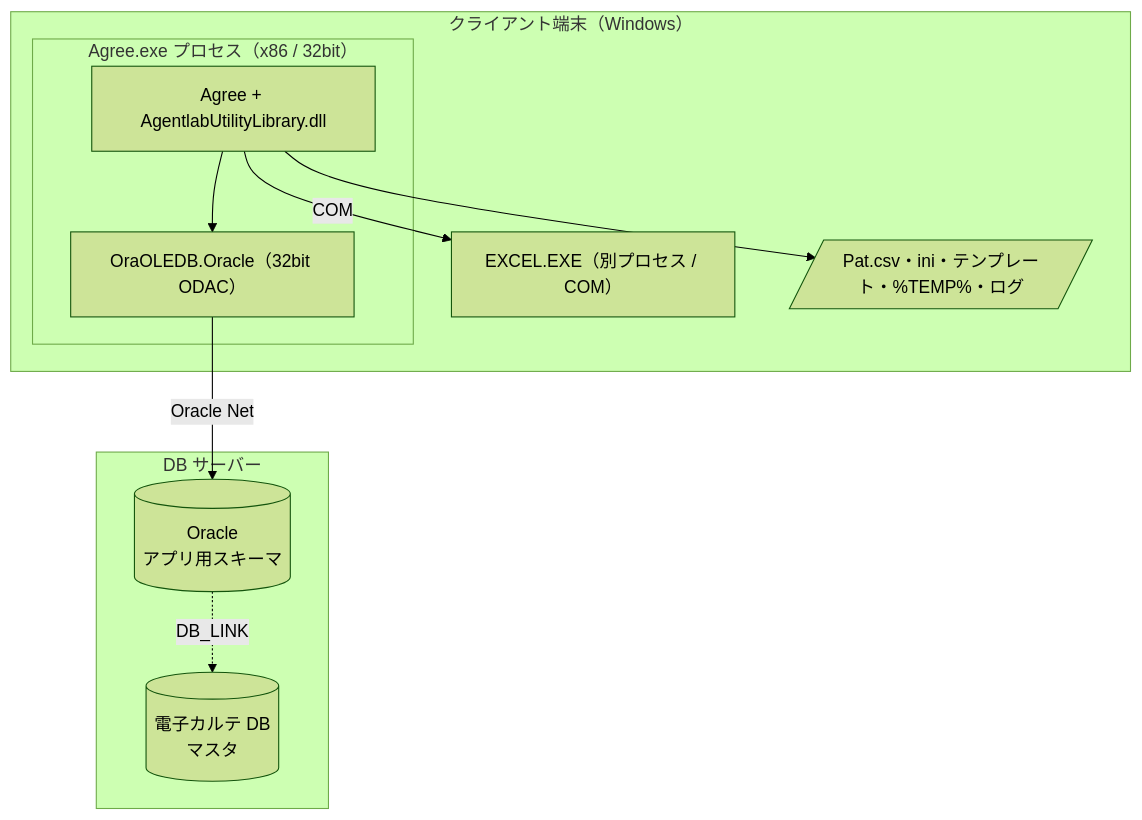
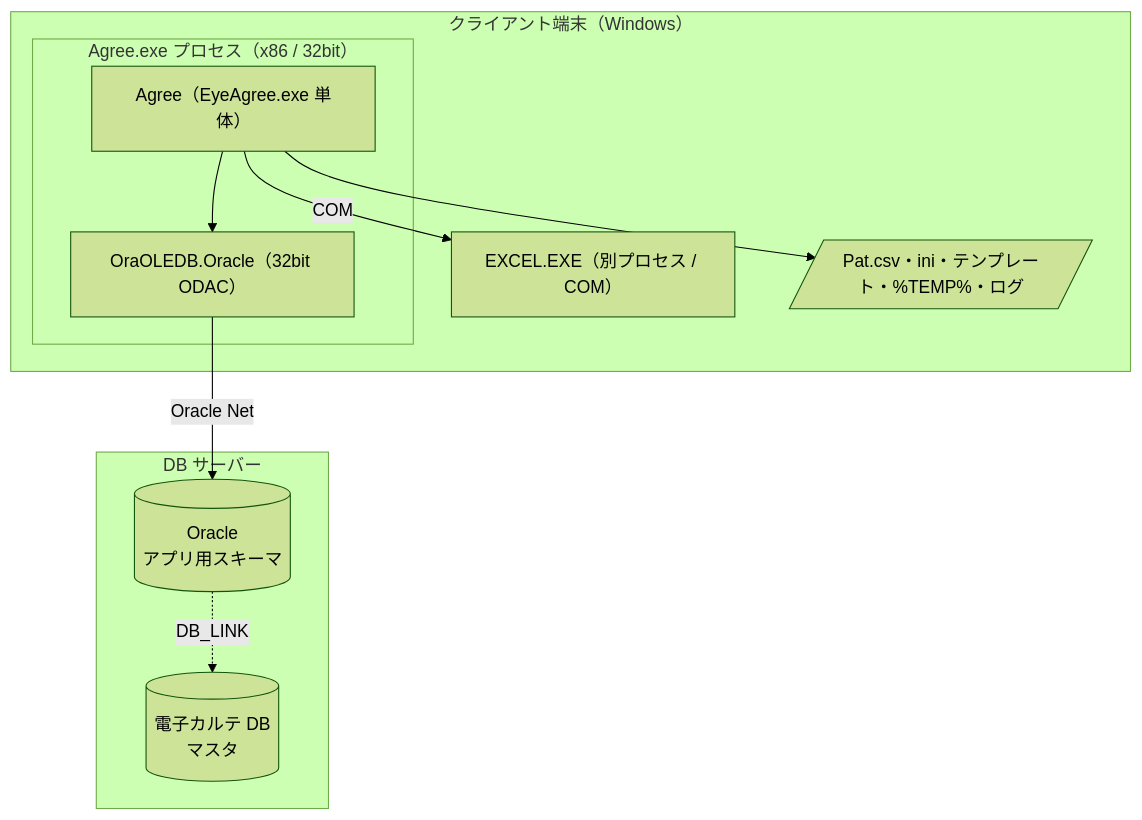
One commit to yokamoto5742/Agree changed the second of 2 diagrams in docs/design/architecture.md. Above: the diagram before and after it, drawn with Mermaid (forest theme). The commit also changed other lines of this file and 17 other files, not shown here.

First line of the commit message:
♻️ refactor: AgentlabUtilityLibrary を外部DLLから本体同梱のソースに変更

````diff
--- a/docs/design/architecture.md
+++ b/docs/design/architecture.md
@@ -113,20 +113,20 @@
 ```mermaid
 flowchart TB
     subgraph PC["クライアント端末（Windows）"]
         subgraph Proc["Agree.exe プロセス（x86 / 32bit）"]
-            AppCode["Agree + AgentlabUtilityLibrary.dll"]
+            AppCode["Agree（EyeAgree.exe 単体）"]
             OleDb["OraOLEDB.Oracle（32bit ODAC）"]
         end
         ExcelProc["EXCEL.EXE（別プロセス / COM）"]
         Files[/"Pat.csv・ini・テンプレート・%TEMP%・ログ"/]
         AppCode --> OleDb
         AppCode -->|COM| ExcelProc
         AppCode --> Files
     end
     subgraph Server["DB サーバー"]
         Oracle[("Oracle<br/>アプリ用スキーマ")]
         EhrDB[("電子カルテ DB<br/>マスタ")]
         Oracle -. DB_LINK .-> EhrDB
     end
     OleDb -->|Oracle Net| Oracle
 ```
````
